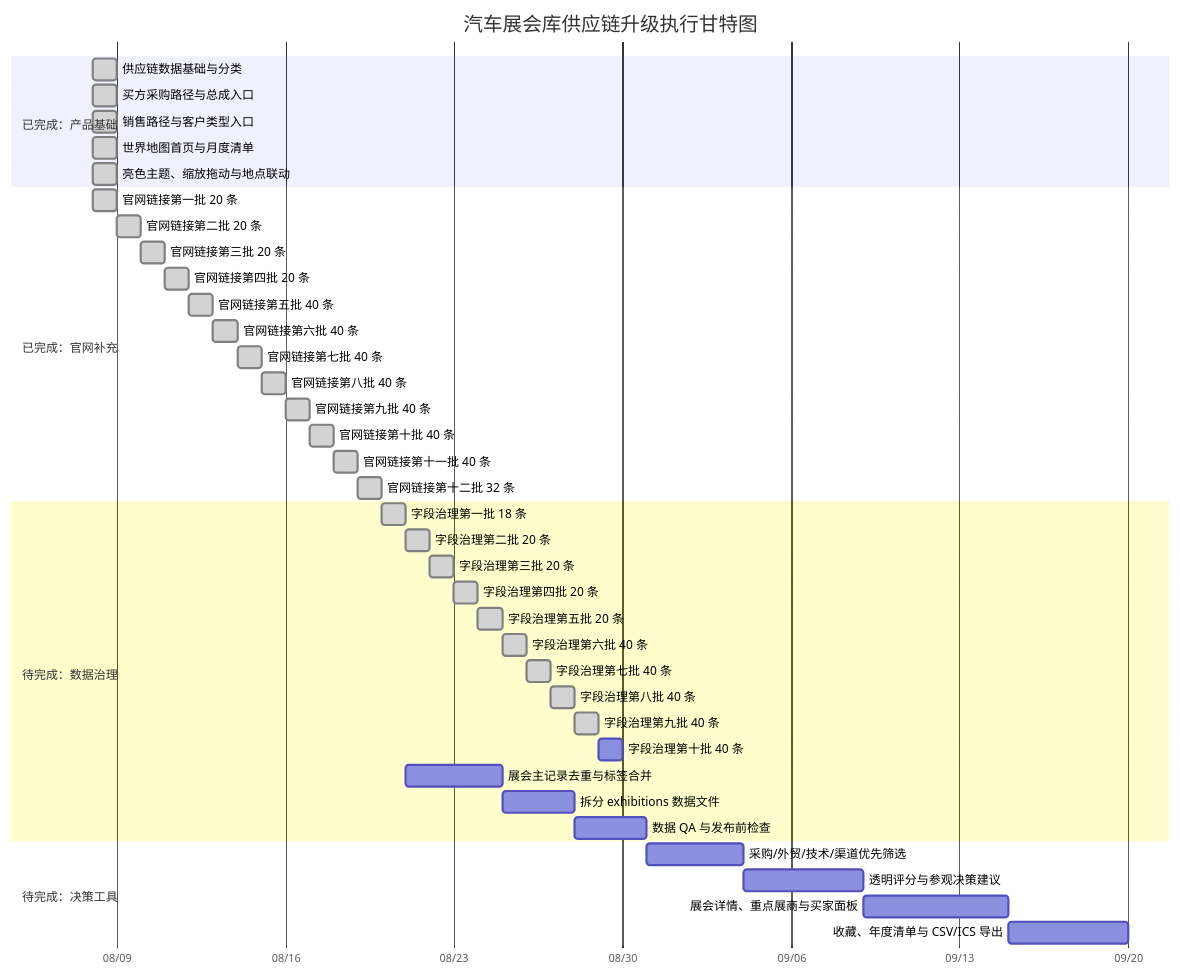
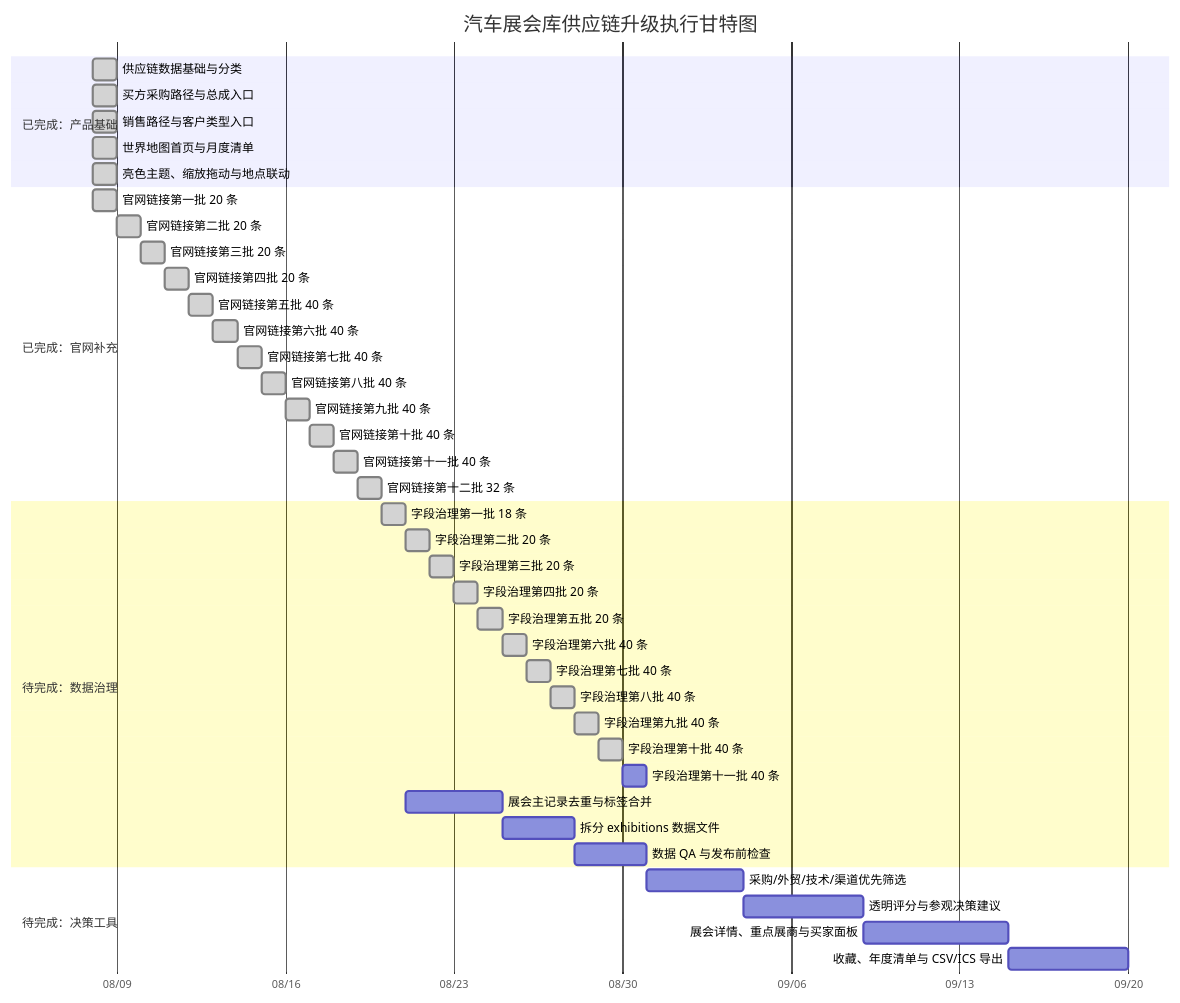
One commit to Cloudyluk/auto-expo changed the diagram in docs/PROJECT_PROGRESS.md. Above: the diagram before and after it, drawn with Mermaid. The commit also changed other lines of this file and 3 other files, not shown here.

````diff
--- a/docs/PROJECT_PROGRESS.md
+++ b/docs/PROJECT_PROGRESS.md
@@ -20,44 +20,45 @@
 ```mermaid
 gantt
     title 汽车展会库供应链升级执行甘特图
     dateFormat  YYYY-MM-DD
     axisFormat  %m/%d
     section 已完成：产品基础
     供应链数据基础与分类             :done, foundation, 2026-08-08, 1d
     买方采购路径与总成入口           :done, buyer, 2026-08-08, 1d
     销售路径与客户类型入口           :done, seller, 2026-08-08, 1d
     世界地图首页与月度清单           :done, map, 2026-08-08, 1d
     亮色主题、缩放拖动与地点联动     :done, interaction, 2026-08-08, 1d
     section 已完成：官网补充
     官网链接第一批 20 条             :done, links1, 2026-08-08, 1d
     官网链接第二批 20 条             :done, links2, after links1, 1d
     官网链接第三批 20 条             :done, links3, after links2, 1d
     官网链接第四批 20 条             :done, links4, after links3, 1d
     官网链接第五批 40 条             :done, links5done, after links4, 1d
     官网链接第六批 40 条             :done, links6done, after links5done, 1d
     官网链接第七批 40 条             :done, links7done, after links6done, 1d
     官网链接第八批 40 条             :done, links8done, after links7done, 1d
     官网链接第九批 40 条             :done, links9done, after links8done, 1d
     官网链接第十批 40 条             :done, links10done, after links9done, 1d
     官网链接第十一批 40 条           :done, links11done, after links10done, 1d
     官网链接第十二批 32 条           :done, links12done, after links11done, 1d
     section 待完成：数据治理
     字段治理第一批 18 条             :done, fields1, after links12done, 1d
     字段治理第二批 20 条             :done, fields2, after fields1, 1d
     字段治理第三批 20 条             :done, fields3, after fields2, 1d
     字段治理第四批 20 条             :done, fields4, after fields3, 1d
     字段治理第五批 20 条             :done, fields5, after fields4, 1d
     字段治理第六批 40 条             :done, fields6, after fields5, 1d
     字段治理第七批 40 条             :done, fields7, after fields6, 1d
     字段治理第八批 40 条             :done, fields8, after fields7, 1d
     字段治理第九批 40 条             :done, fields9, after fields8, 1d
-    字段治理第十批 40 条             :fields10, after fields9, 1d
+    字段治理第十批 40 条             :done, fields10, after fields9, 1d
+    字段治理第十一批 40 条           :fields11, after fields10, 1d
     展会主记录去重与标签合并         :dedupe, after fields, 4d
     拆分 exhibitions 数据文件        :split, after dedupe, 3d
     数据 QA 与发布前检查              :qa, after split, 3d
     section 待完成：决策工具
     采购/外贸/技术/渠道优先筛选       :filters, after qa, 4d
     透明评分与参观决策建议           :score, after filters, 5d
     展会详情、重点展商与买家面板      :detail, after score, 6d
     收藏、年度清单与 CSV/ICS 导出     :plan, after detail, 5d
 ```
````
